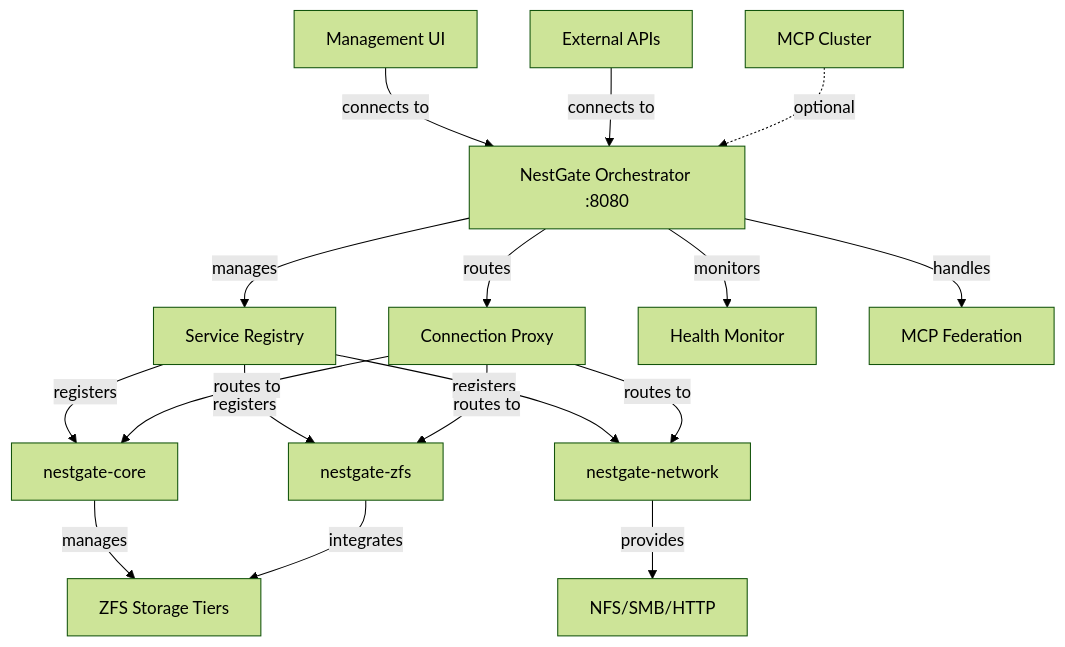
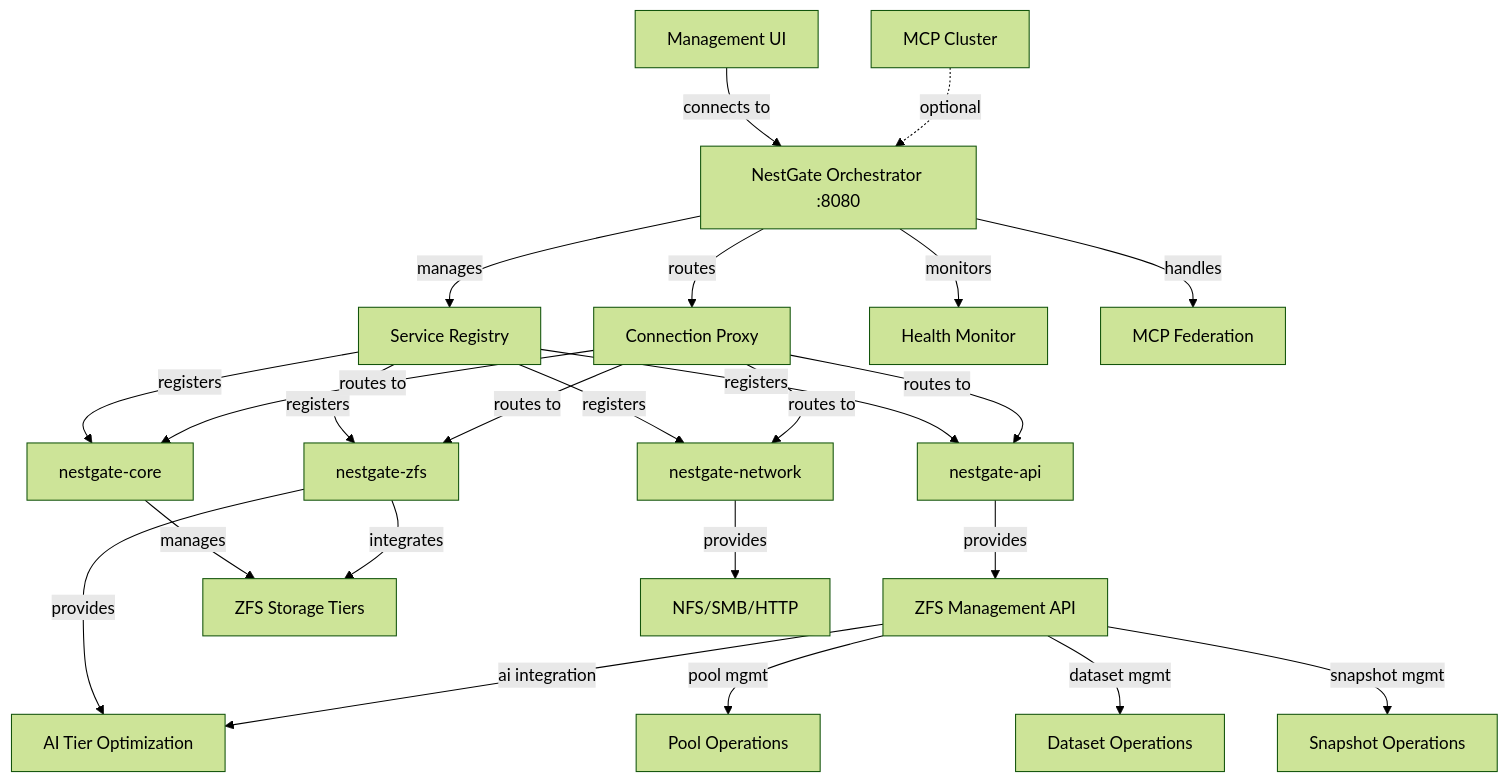
One commit to ecoPrimals/nestGate changed the first of 3 diagrams in specs/SPECS.md. Above: the diagram before and after it, drawn with Mermaid (forest theme). The commit also changed other lines of this file and 159 other files, not shown here.

Commit message:
UI Half Marathon Day 1: Pool Management UI Complete - PoolCreationWizard, PoolManagementDashboard, StorageManagement route, Enhanced ZfsPoolService - 1000+ LOC added

````diff
--- a/specs/SPECS.md
+++ b/specs/SPECS.md
@@ -50,23 +94,31 @@
 ```mermaid
 graph TB
     ORCH[NestGate Orchestrator :8080] --> |manages| SR[Service Registry]
     ORCH --> |routes| CP[Connection Proxy]
     ORCH --> |monitors| HM[Health Monitor]
     ORCH --> |handles| MCP[MCP Federation]
     
     SR --> |registers| CORE[nestgate-core]
     SR --> |registers| NET[nestgate-network]
     SR --> |registers| ZFS[nestgate-zfs]
+    SR --> |registers| API[nestgate-api]
     
     UI[Management UI] --> |connects to| ORCH
-    API[External APIs] --> |connects to| ORCH
+    API --> |provides| ZFSAPI[ZFS Management API]
     MCPF[MCP Cluster] -.->|optional| ORCH
     
     CP --> |routes to| CORE
     CP --> |routes to| NET
     CP --> |routes to| ZFS
+    CP --> |routes to| API
     
     CORE --> |manages| STORAGE[ZFS Storage Tiers]
     NET --> |provides| PROTOCOLS[NFS/SMB/HTTP]
     ZFS --> |integrates| STORAGE
+    ZFS --> |provides| AI[AI Tier Optimization]
+    
+    ZFSAPI --> |pool mgmt| POOLS[Pool Operations]
+    ZFSAPI --> |dataset mgmt| DATASETS[Dataset Operations]
+    ZFSAPI --> |snapshot mgmt| SNAPSHOTS[Snapshot Operations]
+    ZFSAPI --> |ai integration| AI
 ```
````
